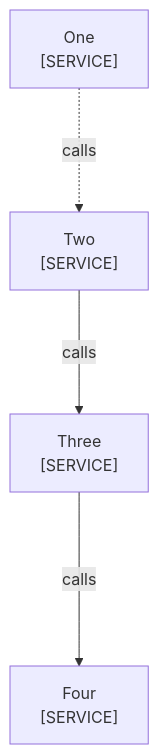
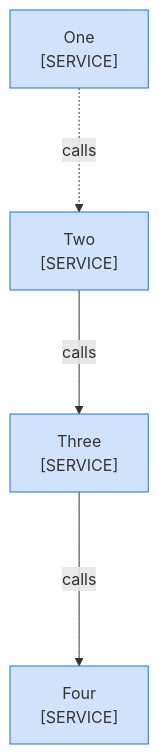
The diagram in skills/docsmith/scripts/fixtures/bad/mmd-long-arrow.md (choonchernlim/skills), drawn with Mermaid before and after one commit. The commit also changed other lines of this file and 47 other files, not shown here.

First line of the commit message:
feat(docsmith): require owner colors, sequence owner bands, and docs domain folders

````diff
--- a/skills/docsmith/scripts/fixtures/bad/mmd-long-arrow.md
+++ b/skills/docsmith/scripts/fixtures/bad/mmd-long-arrow.md
@@ -12,10 +12,13 @@
 ```mermaid
 graph TD
   One["One<br/>[SERVICE]"]
   Two["Two<br/>[SERVICE]"]
   Three["Three<br/>[SERVICE]"]
   Four["Four<br/>[SERVICE]"]
   One -. "calls" ..-> Two
   Two --->|"calls"| Three
   Three ---->|"calls"| Four
+
+  class One,Two,Three,Four own
+  classDef own fill:#1a73e833,stroke:#1a73e8
 ```
````
